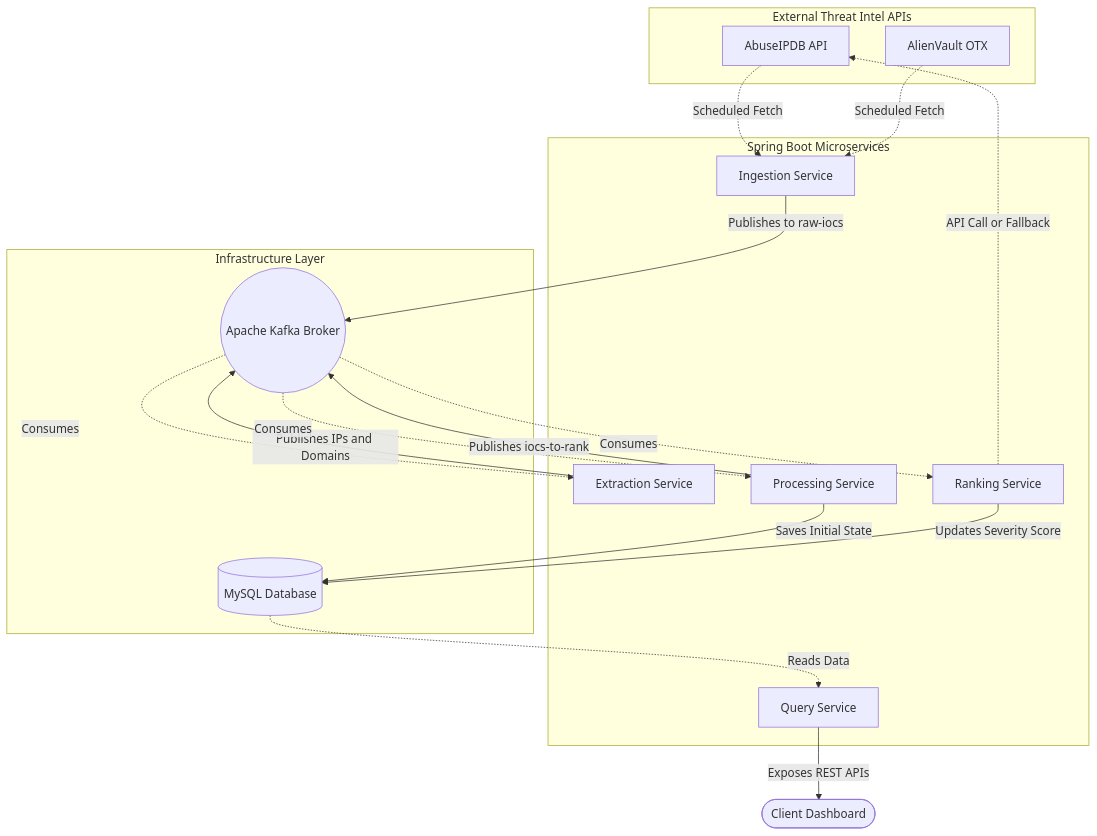
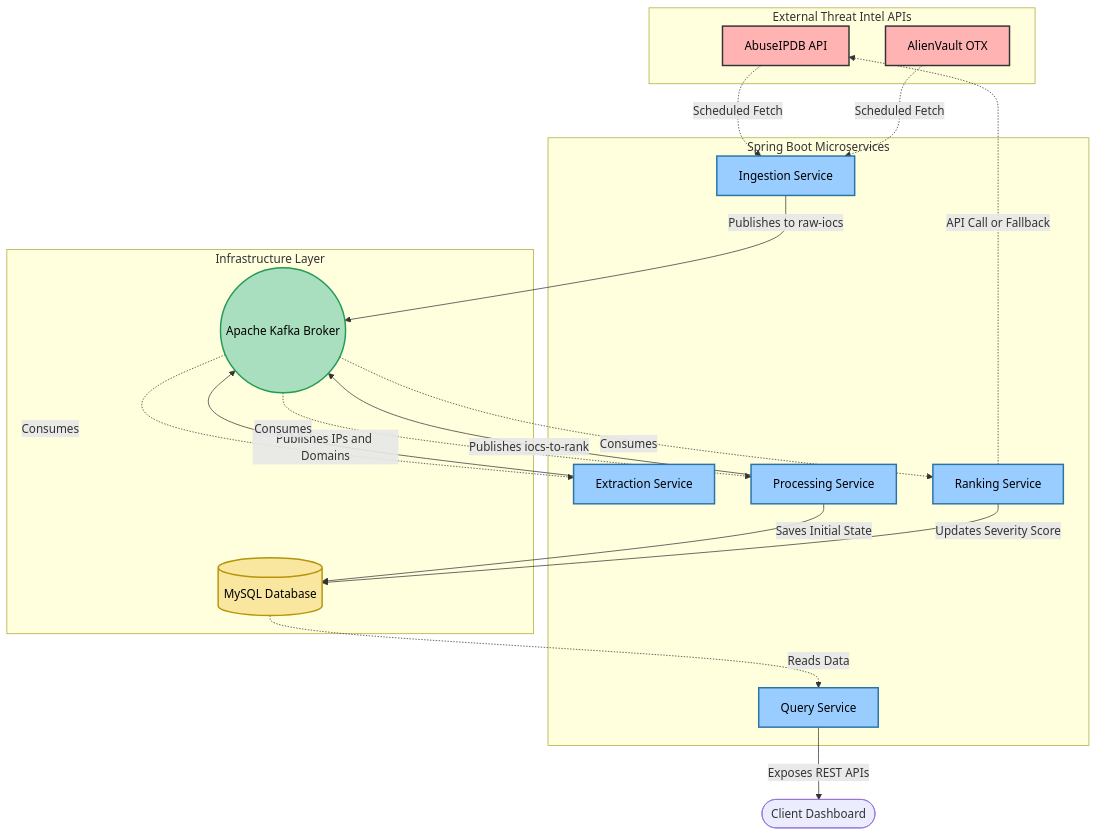
One commit to LaibaMumtaz/threat-intel-platform changed the first of 2 diagrams in README.md. Above: the diagram before and after it, drawn with Mermaid.

Commit message:
Update architecture diagram colors

````diff
--- a/README.md
+++ b/README.md
@@ -19,39 +19,44 @@
 ```mermaid
 graph TD
+    classDef external fill:#FFB3B3,stroke:#333,stroke-width:2px,color:#000;
+    classDef service fill:#99CCFF,stroke:#2874A6,stroke-width:2px,color:#000;
+    classDef broker fill:#A9DFBF,stroke:#239B56,stroke-width:2px,color:#000;
+    classDef db fill:#F9E79F,stroke:#B7950B,stroke-width:2px,color:#000;
+
     subgraph APIs [External Threat Intel APIs]
-        AIPDB[AbuseIPDB API]
-        AVOTX[AlienVault OTX]
+        AIPDB[AbuseIPDB API]:::external
+        AVOTX[AlienVault OTX]:::external
     end
 
     subgraph Services [Spring Boot Microservices]
-        IS[Ingestion Service]
-        ES[Extraction Service]
-        PS[Processing Service]
-        RS[Ranking Service]
-        QS[Query Service]
+        IS[Ingestion Service]:::service
+        ES[Extraction Service]:::service
+        PS[Processing Service]:::service
+        RS[Ranking Service]:::service
+        QS[Query Service]:::service
     end
 
     subgraph Infrastructure [Infrastructure Layer]
-        Kafka((Apache Kafka Broker))
-        DB[(MySQL Database)]
+        Kafka((Apache Kafka Broker)):::broker
+        DB[(MySQL Database)]:::db
     end
 
     AIPDB -.->|Scheduled Fetch| IS
     AVOTX -.->|Scheduled Fetch| IS
     
     IS -->|Publishes to raw-iocs| Kafka
     Kafka -.->|Consumes| ES
     
     ES -->|Publishes IPs and Domains| Kafka
     Kafka -.->|Consumes| PS
     
     PS -->|Saves Initial State| DB
     PS -->|Publishes iocs-to-rank| Kafka
     
     Kafka -.->|Consumes| RS
     RS -.->|API Call or Fallback| AIPDB
     RS -->|Updates Severity Score| DB
     
     DB -.->|Reads Data| QS
     QS -->|Exposes REST APIs| Client([Client Dashboard])
 ```
````
